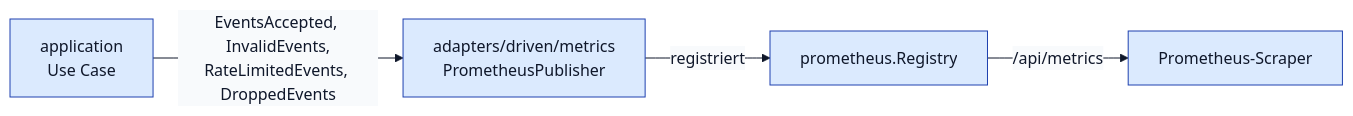
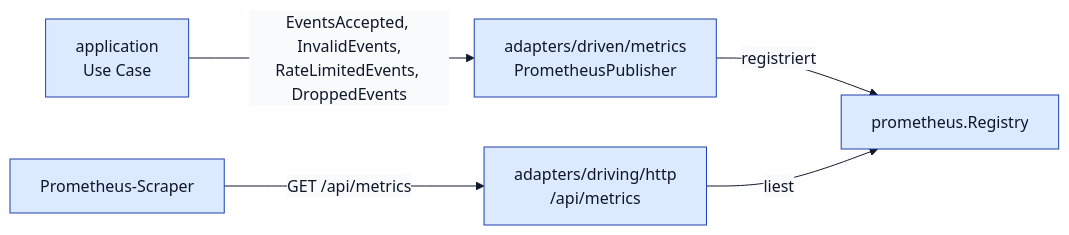
Before and after one commit to pt9912/m-trace: the fourth of 6 diagrams in docs/architecture.md, drawn with Mermaid. The commit also changed other lines of this file, not shown here.

First line of the commit message:
docs(architecture): restrukturiere zu reinem Zielbild (Soll)

````diff
--- a/docs/architecture.md
+++ b/docs/architecture.md
@@ -338,7 +338,8 @@
 ```mermaid
 %%{init: {'theme':'base','themeVariables':{'background':'#f8fafc','primaryColor':'#dbeafe','primaryTextColor':'#0f172a','primaryBorderColor':'#1e40af','lineColor':'#0f172a','secondaryColor':'#fef3c7','tertiaryColor':'#dcfce7','noteBkgColor':'#fef3c7','noteTextColor':'#0f172a','noteBorderColor':'#a16207','actorBkg':'#dbeafe','actorBorder':'#1e40af','actorTextColor':'#0f172a','actorLineColor':'#475569','signalColor':'#0f172a','signalTextColor':'#0f172a','sequenceNumberColor':'#ffffff','labelTextColor':'#0f172a','loopTextColor':'#0f172a','edgeLabelBackground':'#f8fafc'}}}%%
 flowchart LR
     App["application<br/>Use Case"] -->|EventsAccepted, InvalidEvents,<br/>RateLimitedEvents, DroppedEvents| Pub["adapters/driven/metrics<br/>PrometheusPublisher"]
     Pub -->|registriert| Reg["prometheus.Registry"]
-    Reg -->|/api/metrics| Scraper["Prometheus-Scraper"]
+    Handler["adapters/driving/http<br/>/api/metrics"] -->|liest| Reg
+    Scraper["Prometheus-Scraper"] -->|GET /api/metrics| Handler
 ```
````
